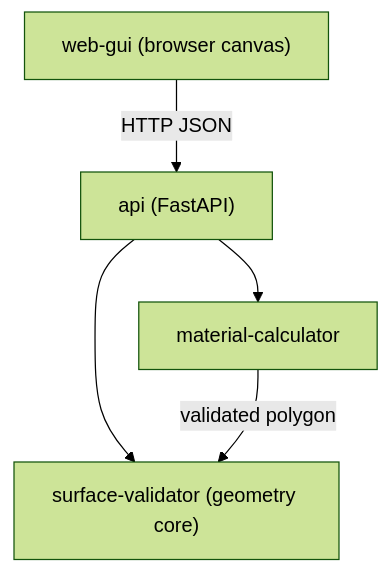
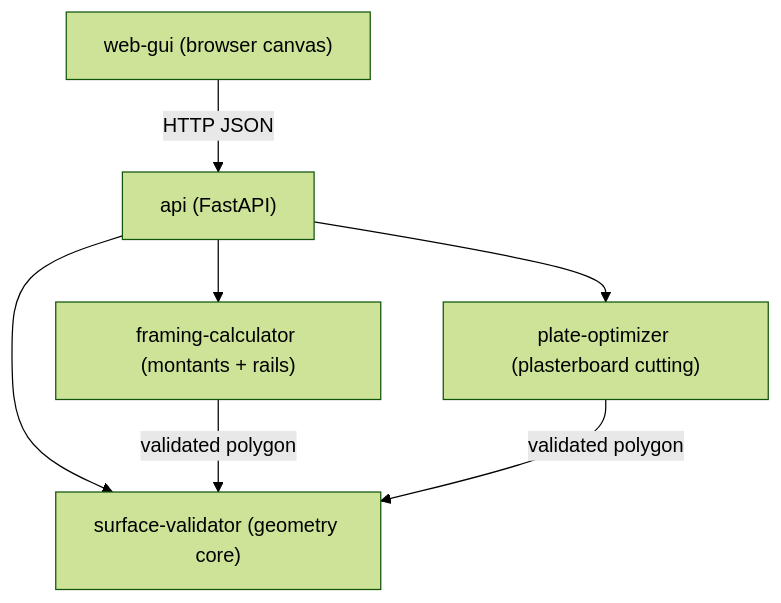
The diagram in docs/architecture.md (arcadien/ceiling-planner), drawn with Mermaid (forest theme) before and after one commit. The commit also changed other lines of this file, not shown here.

Commit message:
arch(FUNC-FRAMING-MONTANTS-001): add framing-calculator component

````diff
--- a/docs/architecture.md
+++ b/docs/architecture.md
@@ -15,7 +15,9 @@
 ```mermaid
 graph TD
   WebGui["web-gui (browser canvas)"] -->|HTTP JSON| Api["api (FastAPI)"]
   Api --> SurfaceValidator["surface-validator (geometry core)"]
-  Api --> MaterialCalculator["material-calculator"]
-  MaterialCalculator -->|validated polygon| SurfaceValidator
+  Api --> FramingCalculator["framing-calculator (montants + rails)"]
+  Api --> PlateOptimizer["plate-optimizer (plasterboard cutting)"]
+  FramingCalculator -->|validated polygon| SurfaceValidator
+  PlateOptimizer -->|validated polygon| SurfaceValidator
 ```
````
